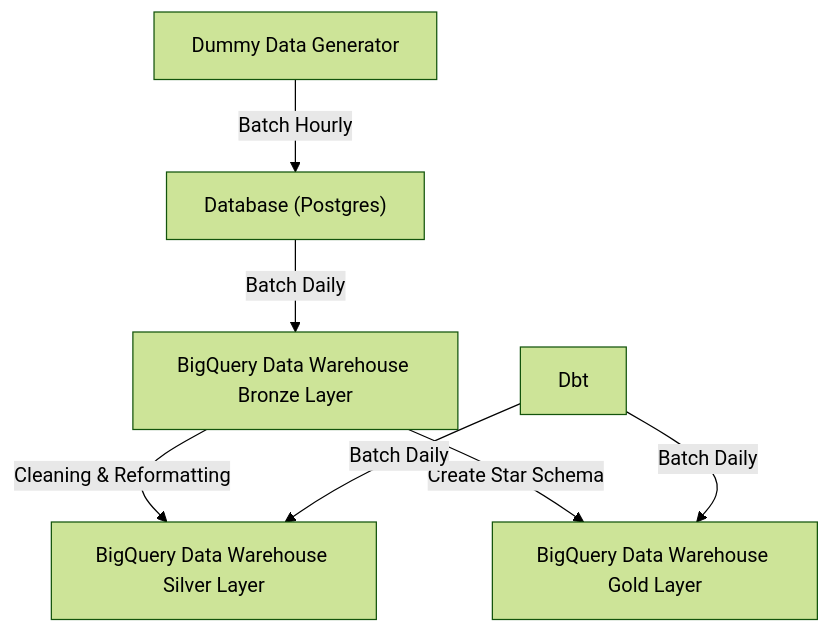
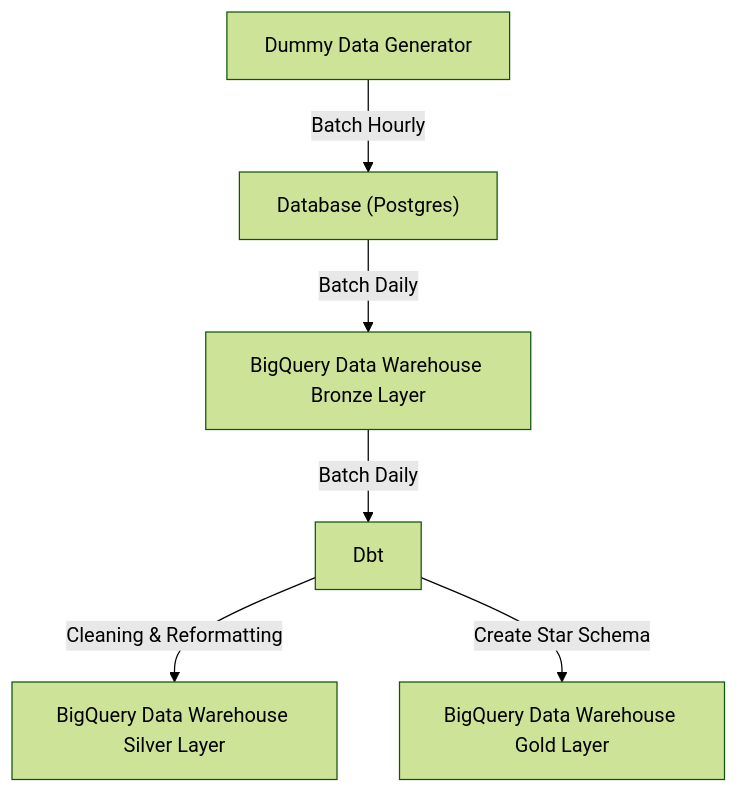
Before and after one commit to ramadhantaAkmal/ELT-pipeline-project: the diagram in README.md, drawn with Mermaid (forest theme).

Commit message:
fix: change chart on README.md

````diff
--- a/README.md
+++ b/README.md
@@ -24,16 +24,15 @@
 ```mermaid
     flowchart TD
       datasource[Dummy Data Generator]
       DB[Database #40;Postgres#41;]
       DWHBronze[BigQuery Data Warehouse Bronze Layer]
       DWHSilver[BigQuery Data Warehouse Silver Layer]
       DWHGold[BigQuery Data Warehouse Gold Layer]
       DBT[Dbt]
 
       datasource -->|Batch Hourly| DB
       DB -->|Batch Daily| DWHBronze
-      DWHBronze -->| Cleaning & Reformatting | DWHSilver
-      DWHBronze --> | Create Star Schema | DWHGold
-      DBT --> |Batch Daily| DWHSilver
-      DBT --> |Batch Daily| DWHGold
+      DWHBronze -->|Batch Daily| DBT
+      DBT --> |Cleaning & Reformatting | DWHSilver
+      DBT --> |Create Star Schema | DWHGold
 ```
````
